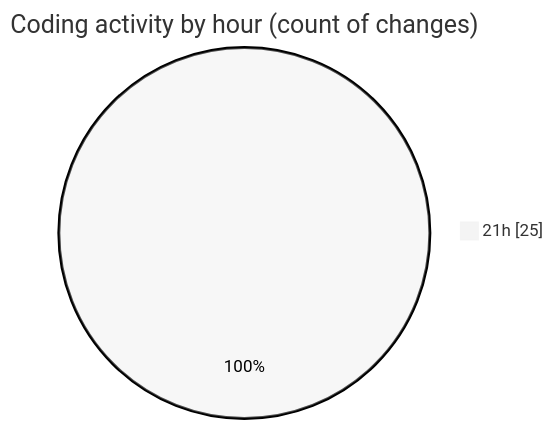
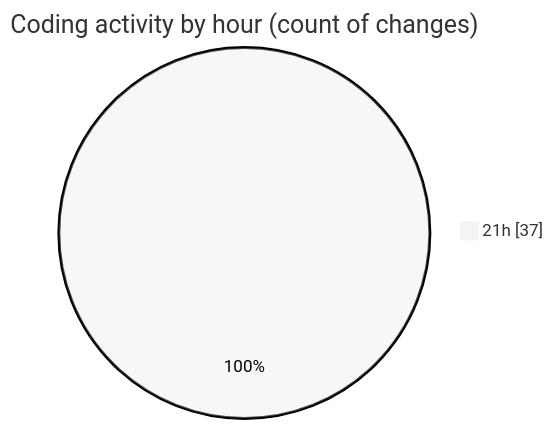
The second of 2 diagrams in 2025-10-15/scopecraft/README.md (Ritupan-Deka/code-tracking), drawn with Mermaid (neutral theme) before and after one commit. The commit also changed other lines of this file and 1 other file, not shown here.

````diff
--- a/2025-10-15/scopecraft/README.md
+++ b/2025-10-15/scopecraft/README.md
@@ -30,5 +30,5 @@
 ```mermaid
 pie showData
 title Coding activity by hour (count of changes)
-"21h" : 25
+"21h" : 37
 ```
````
